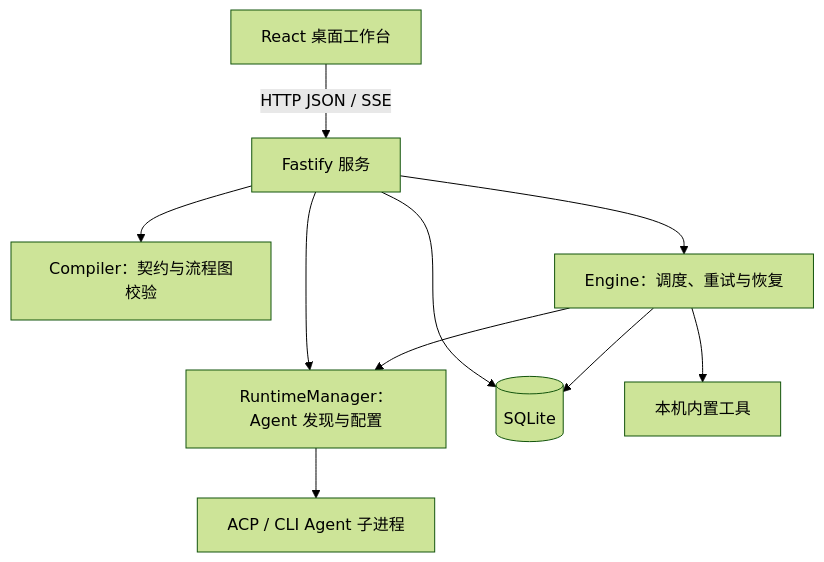
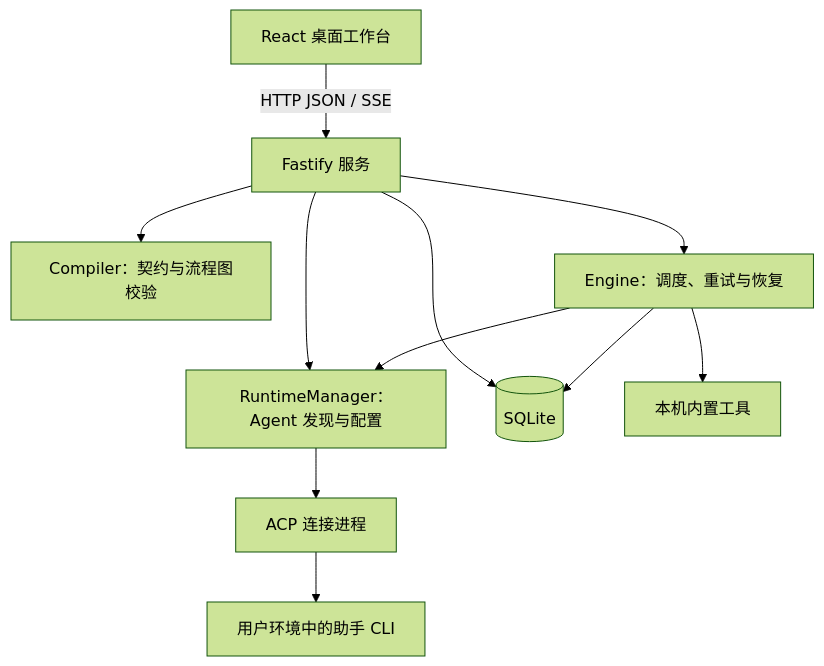
Before and after one commit to huamingjie0815/CFlow: the diagram in README.md, drawn with Mermaid (forest theme). The commit also changed other lines of this file and 16 other files, not shown here.

````diff
--- a/README.md
+++ b/README.md
@@ -41,12 +41,13 @@
 ```mermaid
 flowchart TD
     UI[React 桌面工作台] -->|HTTP JSON / SSE| Server[Fastify 服务]
     Server --> Compiler[Compiler：契约与流程图校验]
     Server --> Engine[Engine：调度、重试与恢复]
     Server --> Runtime[RuntimeManager：Agent 发现与配置]
     Server --> DB[(SQLite)]
     Engine --> DB
     Engine --> Runtime
     Engine --> Tools[本机内置工具]
-    Runtime --> Agents[ACP / CLI Agent 子进程]
+    Runtime --> Adapters[ACP 连接进程]
+    Adapters --> Agents[用户环境中的助手 CLI]
 ```
````
